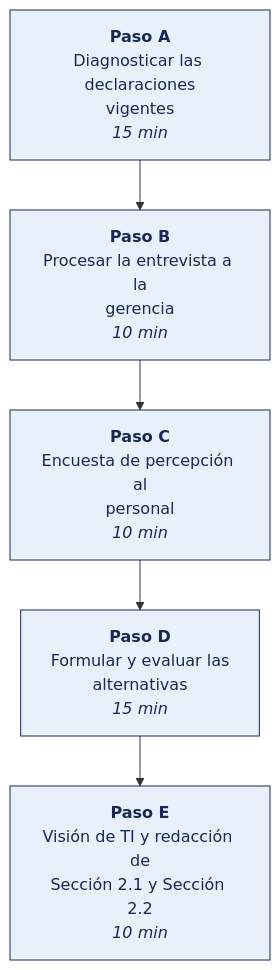
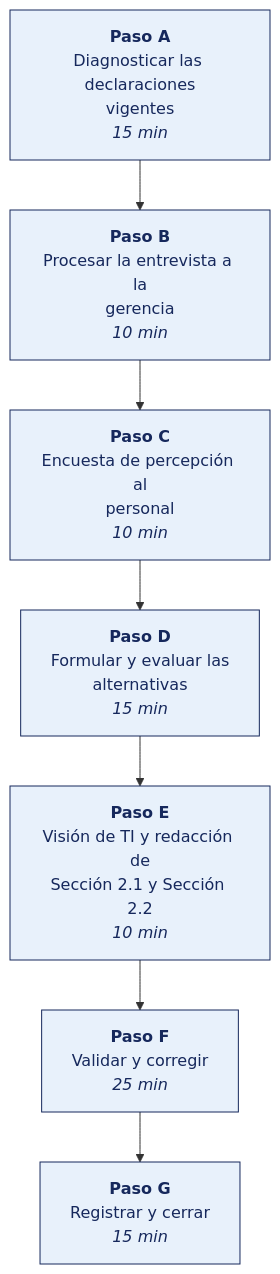
Before and after one commit to OscarJimenezFlores/PETI: the diagram in SEMANA-04/3-TALLER.md, drawn with Mermaid. The commit also changed other lines of this file and 48 other files, not shown here.

````diff
--- a/SEMANA-04/3-TALLER.md
+++ b/SEMANA-04/3-TALLER.md
@@ -13,11 +13,13 @@
 ```mermaid
 flowchart TD
     PA["<b>Paso A</b><br/>Diagnosticar las declaraciones<br/>vigentes<br/><i>15 min</i>"]
     PB["<b>Paso B</b><br/>Procesar la entrevista a la<br/>gerencia<br/><i>10 min</i>"]
     PC["<b>Paso C</b><br/>Encuesta de percepción al<br/>personal<br/><i>10 min</i>"]
     PD["<b>Paso D</b><br/>Formular y evaluar las<br/>alternativas<br/><i>15 min</i>"]
     PE["<b>Paso E</b><br/>Visión de TI y redacción de<br/>Sección 2.1 y Sección 2.2<br/><i>10 min</i>"]
-    PA --> PB --> PC --> PD --> PE
+    PF["<b>Paso F</b><br/>Validar y corregir<br/><i>25 min</i>"]
+    PG["<b>Paso G</b><br/>Registrar y cerrar<br/><i>15 min</i>"]
+    PA --> PB --> PC --> PD --> PE --> PF --> PG
     classDef paso fill:#E8F1FB,stroke:#16285C,stroke-width:1px,color:#16285C;
-    class PA,PB,PC,PD,PE paso;
+    class PA,PB,PC,PD,PE,PF,PG paso;
 ```
````
